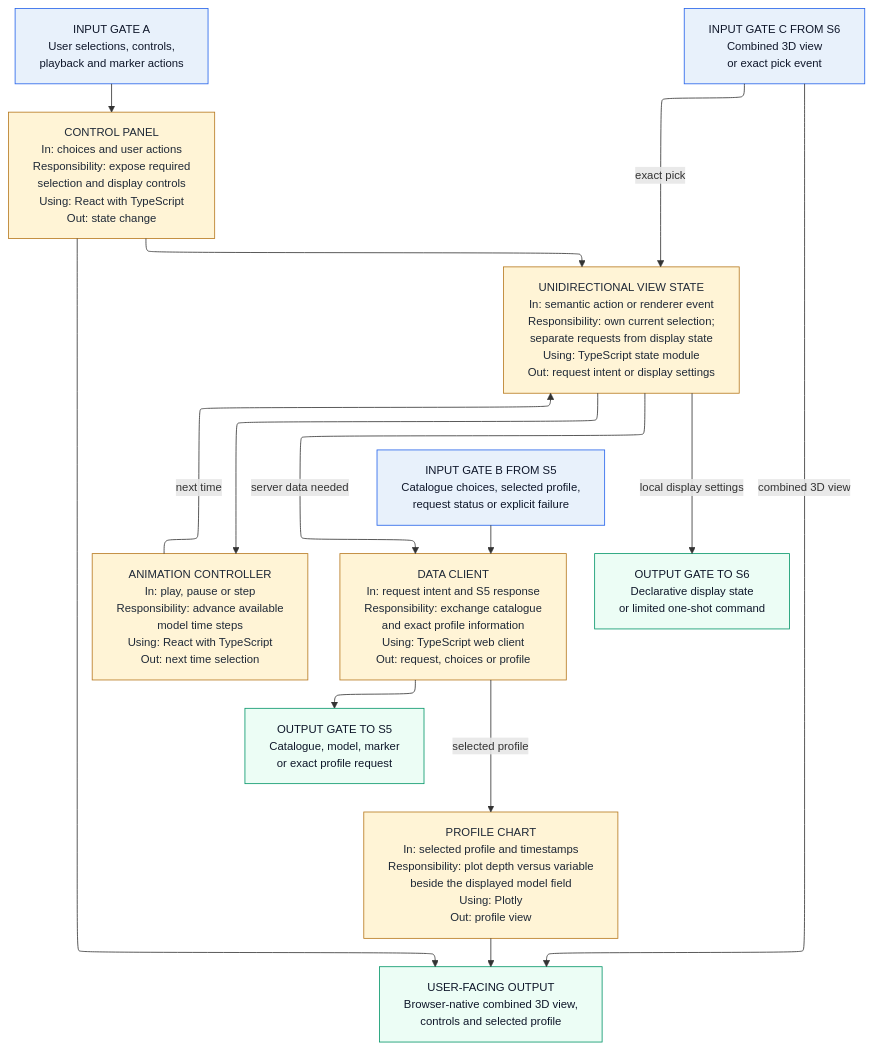
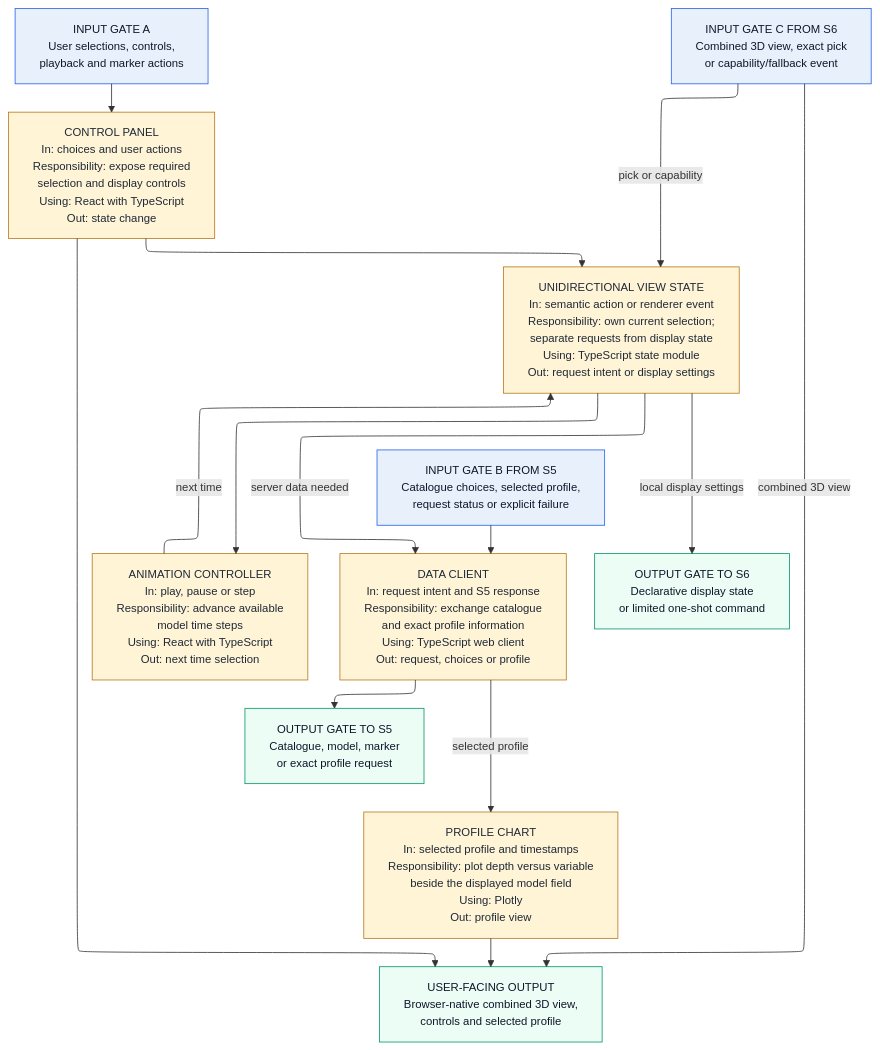
Before and after one commit to CSubham/incois-3d-ocean-visualization: the tenth of 10 diagrams in docs/architecture/LLD_INCOIS_3D_Ocean_Data_Visualization_System.md, drawn with Mermaid. The commit also changed other lines of this file and 8 other files, not shown here.

````diff
--- a/docs/architecture/LLD_INCOIS_3D_Ocean_Data_Visualization_System.md
+++ b/docs/architecture/LLD_INCOIS_3D_Ocean_Data_Visualization_System.md
@@ -390,44 +390,44 @@
 ```mermaid
 %%{init: {"layout": "elk", "flowchart": {"wrappingWidth": 300, "rankSpacing": 35, "nodeSpacing": 20}, "themeVariables": {"fontSize": "14px"}}}%%
 flowchart TB
     USER["INPUT GATE A<br/>User selections, controls,<br/>playback and marker actions"]
-    RENDER["INPUT GATE C FROM S6<br/>Combined 3D view<br/>or exact pick event"]
+    RENDER["INPUT GATE C FROM S6<br/>Combined 3D view, exact pick<br/>or capability/fallback event"]
     SERVER["INPUT GATE B FROM S5<br/>Catalogue choices, selected profile,<br/>request status or explicit failure"]
     M1["CONTROL PANEL<br/>In: choices and user actions<br/>Responsibility: expose required<br/>selection and display controls<br/>Using: React with TypeScript<br/>Out: state change"]
     M4["ANIMATION CONTROLLER<br/>In: play, pause or step<br/>Responsibility: advance available<br/>model time steps<br/>Using: React with TypeScript<br/>Out: next time selection"]
     M2["UNIDIRECTIONAL VIEW STATE<br/>In: semantic action or renderer event<br/>Responsibility: own current selection;<br/>separate requests from display state<br/>Using: TypeScript state module<br/>Out: request intent or display settings"]
     M3["DATA CLIENT<br/>In: request intent and S5 response<br/>Responsibility: exchange catalogue<br/>and exact profile information<br/>Using: TypeScript web client<br/>Out: request, choices or profile"]
     TO6["OUTPUT GATE TO S6<br/>Declarative display state<br/>or limited one-shot command"]
     TO5["OUTPUT GATE TO S5<br/>Catalogue, model, marker<br/>or exact profile request"]
     M5["PROFILE CHART<br/>In: selected profile and timestamps<br/>Responsibility: plot depth versus variable<br/>beside the displayed model field<br/>Using: Plotly<br/>Out: profile view"]
     OUT["USER-FACING OUTPUT<br/>Browser-native combined 3D view,<br/>controls and selected profile"]
 
     USER --> M1 --> M2
-    RENDER -- "exact pick" --> M2
+    RENDER -- "pick or capability" --> M2
     M2 -- "server data needed" --> M3
     M2 --> M4
     M4 -- "next time" --> M2
     M3 --> TO5
     SERVER --> M3
     M2 -- "local display settings" --> TO6
     M3 -- "selected profile" --> M5
     RENDER -- "combined 3D view" --> OUT
     M1 --> OUT
     M5 --> OUT
 
     classDef gate fill:#E8F1FB,stroke:#2563EB,color:#0F172A;
     classDef mod fill:#FFF4D6,stroke:#B7791F,color:#1F2937;
     classDef out fill:#ECFDF5,stroke:#059669,color:#0F172A;
     classDef plat fill:#F1F5F9,stroke:#64748B,color:#1F2937;
     class USER gate;
     class RENDER gate;
     class SERVER gate;
     class M1 mod;
     class M2 mod;
     class M3 mod;
     class M4 mod;
     class M5 mod;
     class TO5 out;
     class TO6 out;
     class OUT out;
 ```
````
